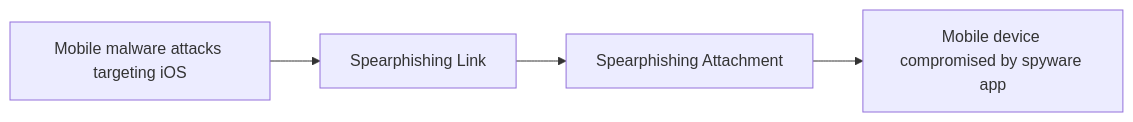
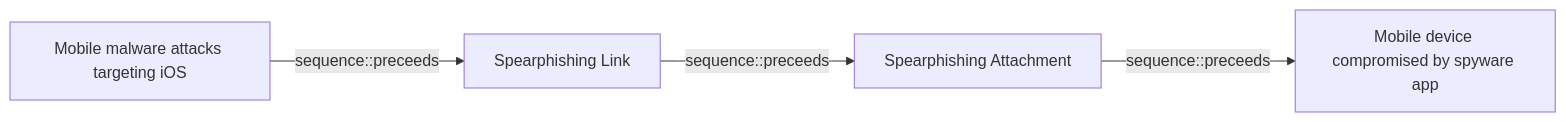
The diagram in docs/threats/mobile-malware-attacks-targeting-ios.md (opentidehq/library), drawn with Mermaid before and after one commit. The commit also changed other lines of this file and 277 other files, not shown here.

````diff
--- a/docs/threats/mobile-malware-attacks-targeting-ios.md
+++ b/docs/threats/mobile-malware-attacks-targeting-ios.md
@@ -123,10 +158,10 @@
 ```mermaid
 flowchart LR
 ef4ba2bf_dfcb_4b70_8f45_7625baeb96d0["Mobile malware attacks targeting iOS"]
 1a68b5eb_0112_424d_a21f_88dda0b6b8df["Spearphishing Link"]
 dd5d942c_bac4_4000_b9a6_ca4fef6cfb84["Spearphishing Attachment"]
 99c78650_8e19_4756_90fb_2573242577ca["Mobile device compromised by spyware app"]
-ef4ba2bf_dfcb_4b70_8f45_7625baeb96d0 --> 1a68b5eb_0112_424d_a21f_88dda0b6b8df
-1a68b5eb_0112_424d_a21f_88dda0b6b8df --> dd5d942c_bac4_4000_b9a6_ca4fef6cfb84
-dd5d942c_bac4_4000_b9a6_ca4fef6cfb84 --> 99c78650_8e19_4756_90fb_2573242577ca
+ef4ba2bf_dfcb_4b70_8f45_7625baeb96d0 -->|sequence::preceeds| 1a68b5eb_0112_424d_a21f_88dda0b6b8df
+1a68b5eb_0112_424d_a21f_88dda0b6b8df -->|sequence::preceeds| dd5d942c_bac4_4000_b9a6_ca4fef6cfb84
+dd5d942c_bac4_4000_b9a6_ca4fef6cfb84 -->|sequence::preceeds| 99c78650_8e19_4756_90fb_2573242577ca
 ```
````
